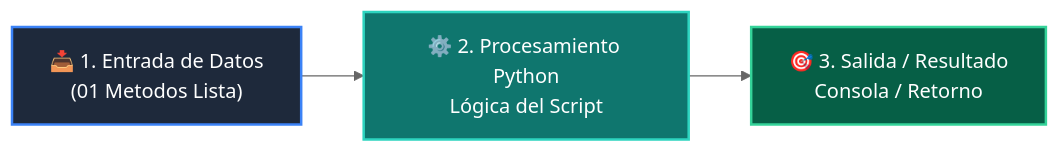
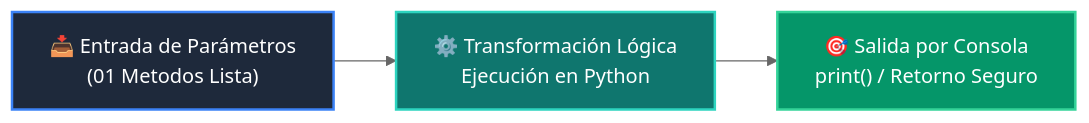
Before and after one commit to wisrovi/wisrovi-python: the diagram in 01-fundamentos-python/clase-05-listas-y-colecciones/ejemplos/ejemplo_01_metodos_lista/README.md, drawn with Mermaid (neutral theme). The commit also changed other lines of this file and 226 other files, not shown here.

Commit message:
docs: elevate all repository READMEs to world-class mastery standard with rich pedagogical architecture, custom Mermaids, and professional styling

````diff
--- a/01-fundamentos-python/clase-05-listas-y-colecciones/ejemplos/ejemplo_01_metodos_lista/README.md
+++ b/01-fundamentos-python/clase-05-listas-y-colecciones/ejemplos/ejemplo_01_metodos_lista/README.md
@@ -12,9 +19,9 @@
 ```mermaid
 flowchart LR
-    A["📥 1. Entrada de Datos<br/>(01 Metodos Lista)"] --> B["⚙️ 2. Procesamiento Python<br/>Lógica del Script"]
-    B --> C["🎯 3. Salida / Resultado<br/>Consola / Retorno"]
+    A["📥 Entrada de Parámetros<br/>(01 Metodos Lista)"] --> B["⚙️ Transformación Lógica<br/>Ejecución en Python"]
+    B --> C["🎯 Salida por Consola<br/>print() / Retorno Seguro"]
 
-    style A fill:#1e293b,color:#fff,stroke:#3b82f6,stroke-width:2px
-    style B fill:#0f766e,color:#fff,stroke:#2dd4bf,stroke-width:2px
-    style C fill:#065f46,color:#fff,stroke:#34d399,stroke-width:2px
+    style A fill:#1e293b,color:#ffffff,stroke:#3b82f6,stroke-width:2px
+    style B fill:#0f766e,color:#ffffff,stroke:#2dd4bf,stroke-width:2px
+    style C fill:#059669,color:#ffffff,stroke:#34d399,stroke-width:2px
 ```
````
